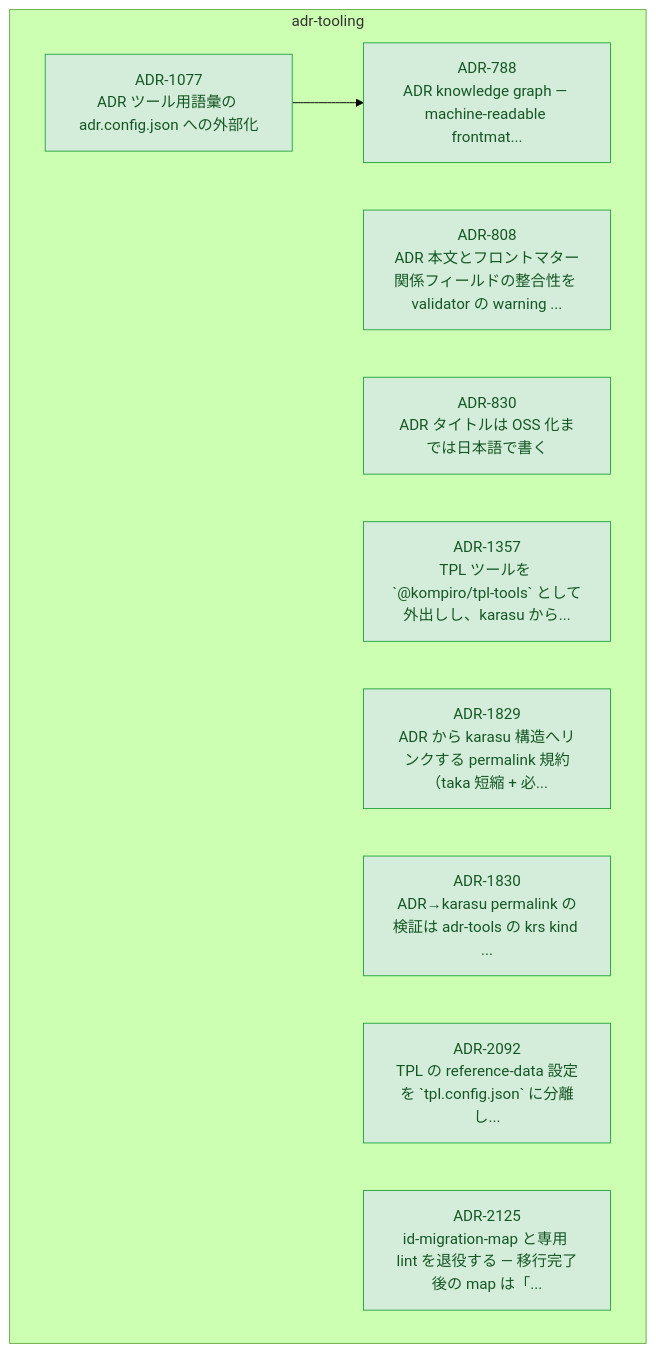
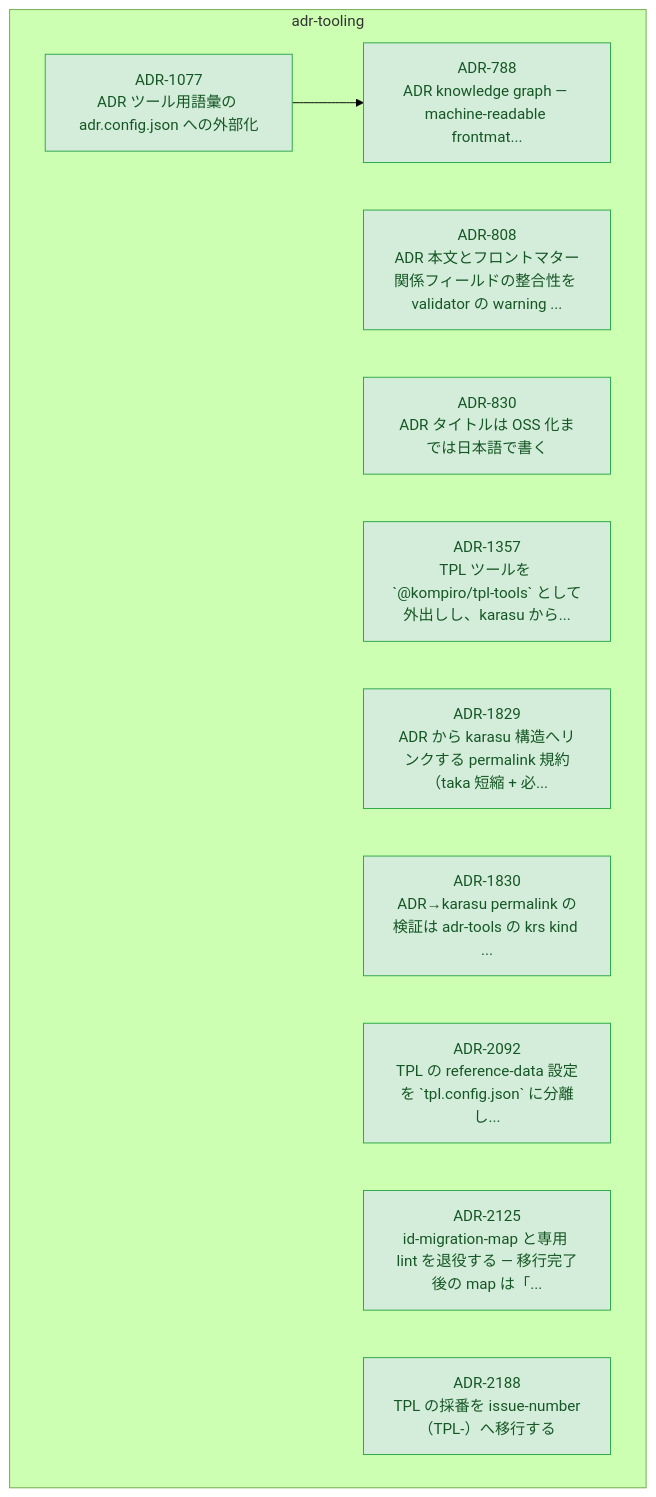
Before and after one commit to kompiro/karasu: the diagram in docs/adr/graph/adr-tooling.md, drawn with Mermaid (forest theme). The commit also changed other lines of this file and 504 other files, not shown here.

First line of the commit message:
chore(tpl): migrate TPL ids from date-sequence to issue-number

````diff
--- a/docs/adr/graph/adr-tooling.md
+++ b/docs/adr/graph/adr-tooling.md
@@ -6,31 +6,33 @@
 ```mermaid
 flowchart TD
   subgraph adr-tooling["adr-tooling"]
     ADR_788["ADR-788<br/>ADR knowledge graph — machine-readable frontmat..."]
     ADR_808["ADR-808<br/>ADR 本文とフロントマター関係フィールドの整合性を validator の warning ..."]
     ADR_830["ADR-830<br/>ADR タイトルは OSS 化までは日本語で書く"]
     ADR_1077["ADR-1077<br/>ADR ツール用語彙の adr.config.json への外部化"]
     ADR_1357["ADR-1357<br/>TPL ツールを `@kompiro/tpl-tools` として外出しし、karasu から..."]
     ADR_1829["ADR-1829<br/>ADR から karasu 構造へリンクする permalink 規約（taka 短縮 + 必..."]
     ADR_1830["ADR-1830<br/>ADR→karasu permalink の検証は adr-tools の krs kind ..."]
     ADR_2092["ADR-2092<br/>TPL の reference-data 設定を `tpl.config.json` に分離し..."]
     ADR_2125["ADR-2125<br/>id-migration-map と専用 lint を退役する — 移行完了後の map は「..."]
+    ADR_2188["ADR-2188<br/>TPL の採番を issue-number（TPL-<n>）へ移行する"]
   end
   ADR_1077 --> ADR_788
 
   classDef accepted fill:#d4edda,stroke:#28a745,color:#155724
   classDef proposed fill:#fff3cd,stroke:#ffc107,color:#856404
   classDef deprecated fill:#f8d7da,stroke:#dc3545,color:#721c24
   classDef superseded fill:#e2e3e5,stroke:#6c757d,color:#383d41
   classDef not_adopted fill:#e2e3e5,stroke:#6c757d,color:#383d41,stroke-dasharray:3 3
   classDef ghost fill:#f5f5f5,stroke:#adb5bd,color:#6c757d,stroke-dasharray:2 2
   class ADR_788 accepted
   class ADR_808 accepted
   class ADR_830 accepted
   class ADR_1077 accepted
   class ADR_1357 accepted
   class ADR_1829 accepted
   class ADR_1830 accepted
   class ADR_2092 accepted
   class ADR_2125 accepted
+  class ADR_2188 accepted
 ```
````
